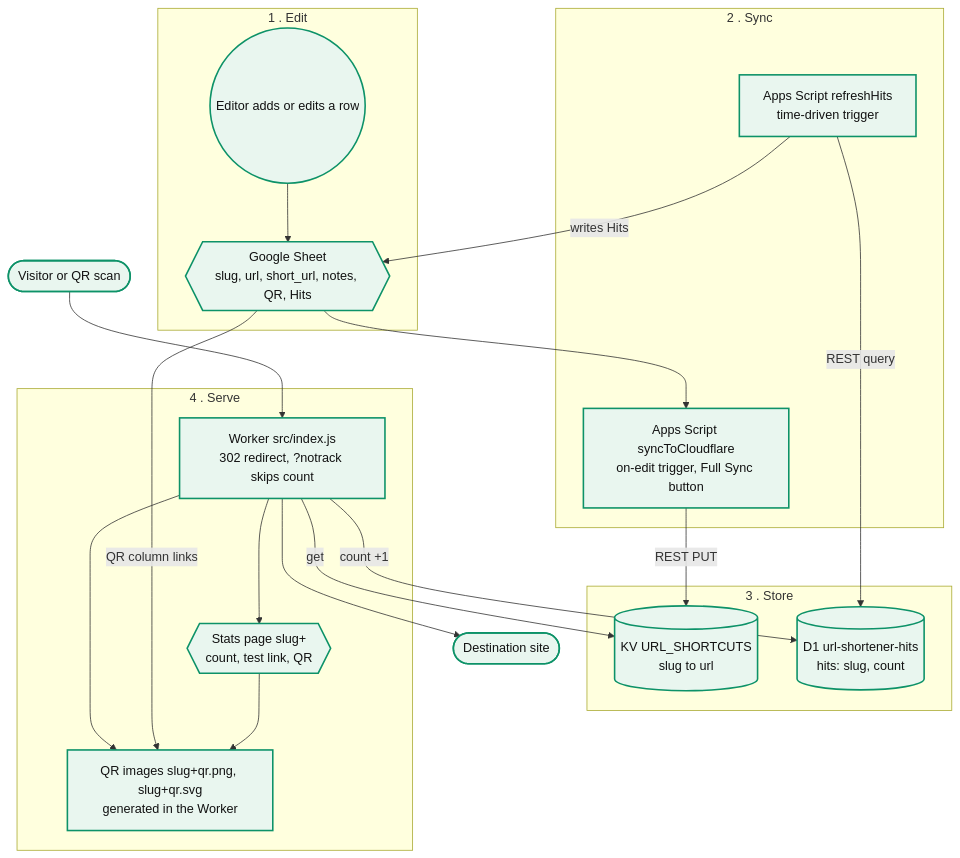
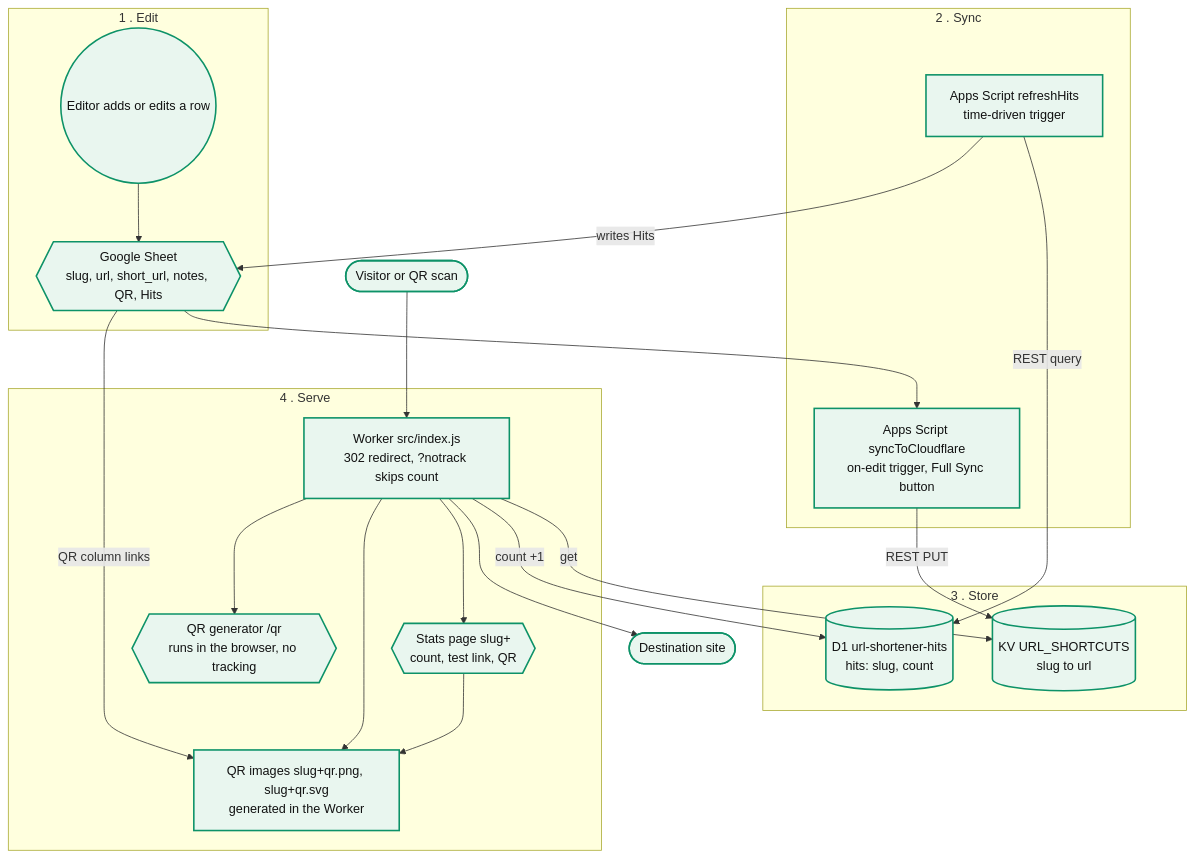
The diagram in docs/architecture.md (jackbremer/url-shortener), drawn with Mermaid before and after one commit. The commit also changed 2 other files, not shown here.

Commit message:
Document /qr generator; update diagram and handoff

````diff
--- a/docs/architecture.md
+++ b/docs/architecture.md
@@ -3,40 +3,42 @@
 ```mermaid
 flowchart TD
   subgraph s1["1 . Edit"]
     editor(("Editor adds or edits a row"))
     sheet{{"Google Sheet<br>slug, url, short_url, notes, QR, Hits"}}
   end
   subgraph s2["2 . Sync"]
     sync["Apps Script syncToCloudflare<br>on-edit trigger, Full Sync button"]
     refresh["Apps Script refreshHits<br>time-driven trigger"]
   end
   subgraph s3["3 . Store"]
     kv[(KV URL_SHORTCUTS<br>slug to url)]
     d1[(D1 url-shortener-hits<br>hits: slug, count)]
   end
   subgraph s4["4 . Serve"]
     worker["Worker src/index.js<br>302 redirect, ?notrack skips count"]
     stats{{"Stats page slug+<br>count, test link, QR"}}
     qr["QR images slug+qr.png, slug+qr.svg<br>generated in the Worker"]
+    gen{{"QR generator /qr<br>runs in the browser, no tracking"}}
   end
   visitor(["Visitor or QR scan"])
   dest(["Destination site"])
 
   editor --> sheet
   sheet --> sync
   sync -->|REST PUT| kv
   visitor --> worker
   worker -->|get| kv
   worker -->|count +1| d1
   worker --> dest
   worker --> stats
   worker --> qr
   sheet -->|QR column links| qr
   stats --> qr
+  worker --> gen
   refresh -->|REST query| d1
   refresh -->|writes Hits| sheet
 
   classDef built fill:#e9f6ef,stroke:#0d9268,stroke-width:2px,color:#111
   classDef todo fill:#fdeceb,stroke:#e03131,stroke-width:2px,color:#111
-  class editor,sheet,sync,refresh,kv,d1,worker,stats,qr,visitor,dest built
+  class editor,sheet,sync,refresh,kv,d1,worker,stats,qr,gen,visitor,dest built
 ```
````
